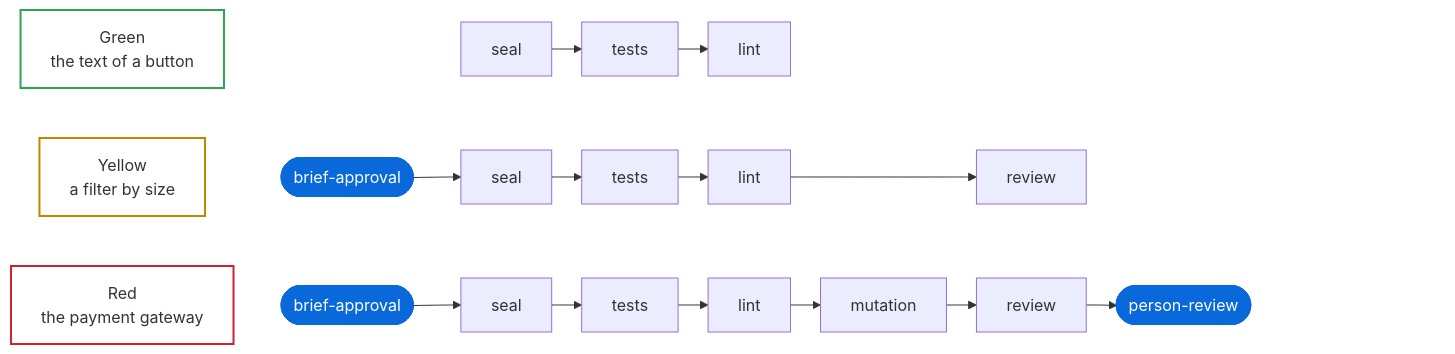
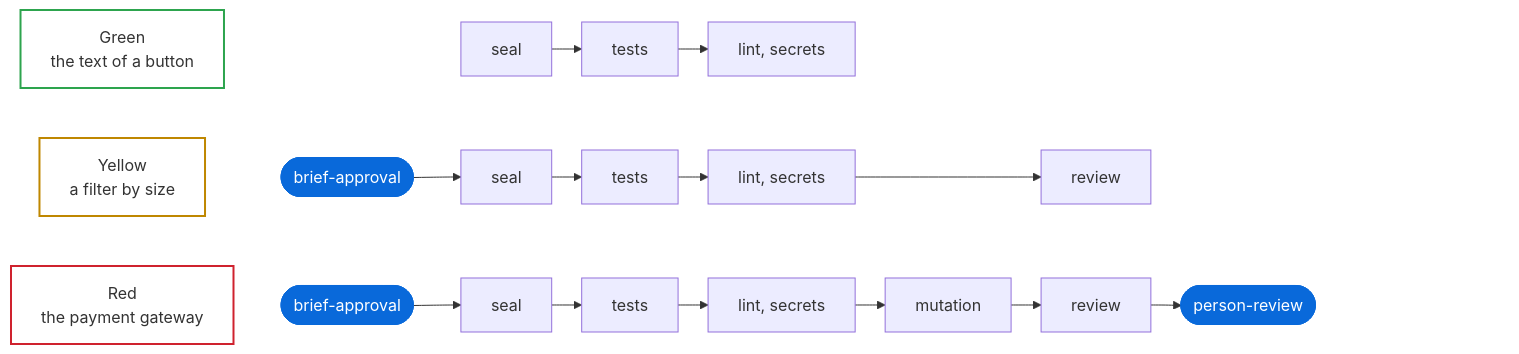
One commit to MarsGotta/gdd changed the third of 4 diagrams in skills/README.md. Above: the diagram before and after it, drawn with Mermaid. The commit also changed other lines of this file and 27 other files, not shown here.

````diff
--- a/skills/README.md
+++ b/skills/README.md
@@ -192,18 +191,18 @@
 ```mermaid
 %%{init: {"flowchart": {"rankSpacing": 30}}}%%
 flowchart LR
     accTitle: What each color asks for, in the blueprint's template
-    accDescr: Green asks for the seal, the tests and the linter. Yellow adds your approval of the brief before anyone builds, and a reviewer. Red adds mutation testing and your review of the change at the end.
-    G["Green<br/>the text of a button"] ~~~ g0["brief-approval"] ~~~ g1["seal"] --> g2["tests"] --> g3["lint"]
-    Y["Yellow<br/>a filter by size"] ~~~ y0(["brief-approval"]) --> y1["seal"] --> y2["tests"] --> y3["lint"] ---> y5["review"]
-    R["Red<br/>the payment gateway"] ~~~ r0(["brief-approval"]) --> r1["seal"] --> r2["tests"] --> r3["lint"] --> r4["mutation"] --> r5["review"] --> r6(["person-review"])
+    accDescr: Green asks for the seal, the tests, the linter and the secret scan. Yellow adds your approval of the brief before anyone builds, and a reviewer. Red adds mutation testing and your review of the change at the end.
+    G["Green<br/>the text of a button"] ~~~ g0["brief-approval"] ~~~ g1["seal"] --> g2["tests"] --> g3["lint, secrets"]
+    Y["Yellow<br/>a filter by size"] ~~~ y0(["brief-approval"]) --> y1["seal"] --> y2["tests"] --> y3["lint, secrets"] ---> y5["review"]
+    R["Red<br/>the payment gateway"] ~~~ r0(["brief-approval"]) --> r1["seal"] --> r2["tests"] --> r3["lint, secrets"] --> r4["mutation"] --> r5["review"] --> r6(["person-review"])
     %% Two empty nodes: g0 lines Green's checks up with the others, Z keeps the right side free for GitHub's zoom buttons
     r6 ~~~ Z["zoom buttons"]
     classDef you fill:#0969da,stroke:#0969da,color:#ffffff
     classDef room fill:none,stroke:none,color:transparent
     class y0,r0,r6 you
     class g0,Z room
     style G fill:none,stroke:#2da44e,stroke-width:2px
     style Y fill:none,stroke:#bf8700,stroke-width:2px
     style R fill:none,stroke:#cf222e,stroke-width:2px
 ```
````
